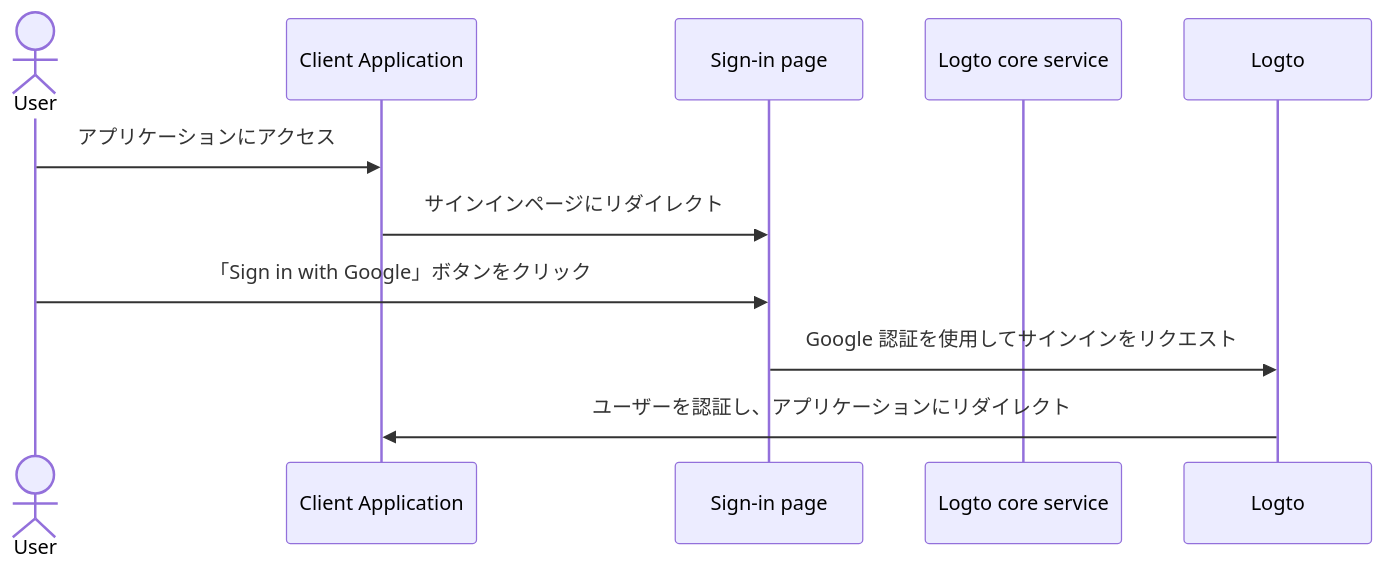
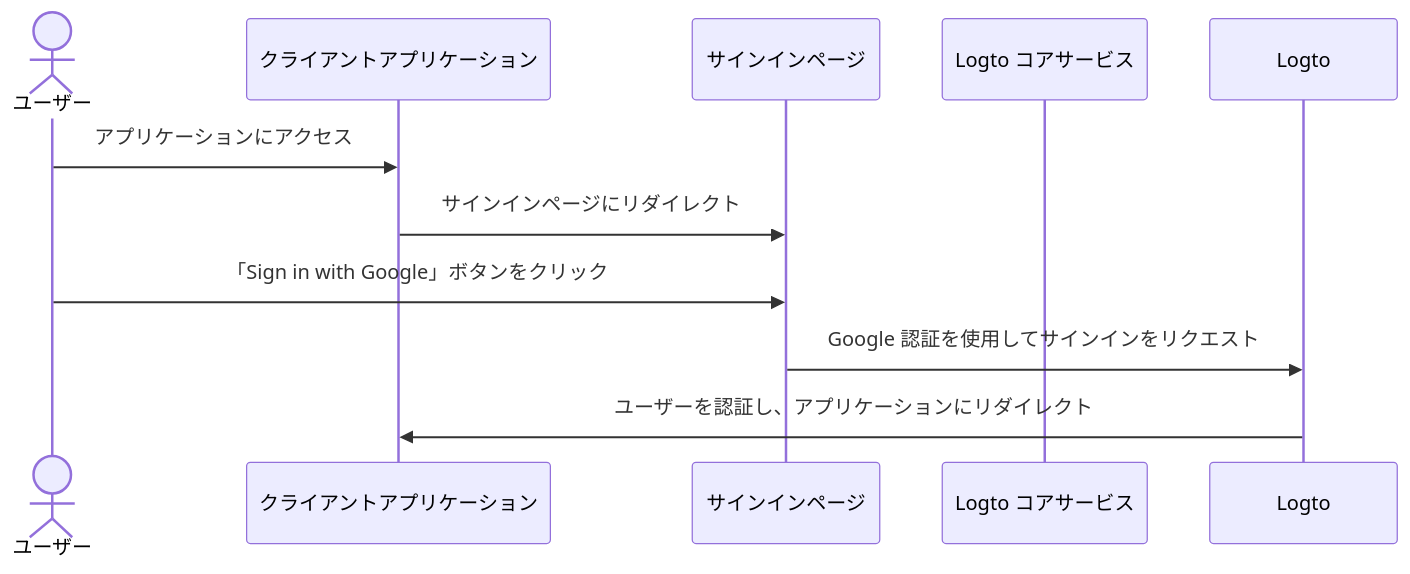
The second of 5 diagrams in i18n/ja/docusaurus-plugin-content-docs/current/end-user-flows/sign-up-and-sign-in/social-sign-in.mdx (logto-io/docs), drawn with Mermaid before and after one commit. The commit also changed other lines of this file and 2629 other files, not shown here.

````diff
--- a/i18n/ja/docusaurus-plugin-content-docs/current/end-user-flows/sign-up-and-sign-in/social-sign-in.mdx
+++ b/i18n/ja/docusaurus-plugin-content-docs/current/end-user-flows/sign-up-and-sign-in/social-sign-in.mdx
@@ -76,13 +82,13 @@
 ```mermaid
 sequenceDiagram
-actor user as User
-    participant app as Client Application
-    participant experience as Sign-in page
-    participant logto as Logto core service
+actor user as ユーザー
+    participant app as クライアントアプリケーション
+    participant experience as サインインページ
+    participant logto as Logto コアサービス
 
     user->>app: アプリケーションにアクセス
     app->>experience: サインインページにリダイレクト
     user->>experience: 「Sign in with Google」ボタンをクリック
     experience->>Logto: Google 認証を使用してサインインをリクエスト
     Logto->>app: ユーザーを認証し、アプリケーションにリダイレクト
 ```
````
